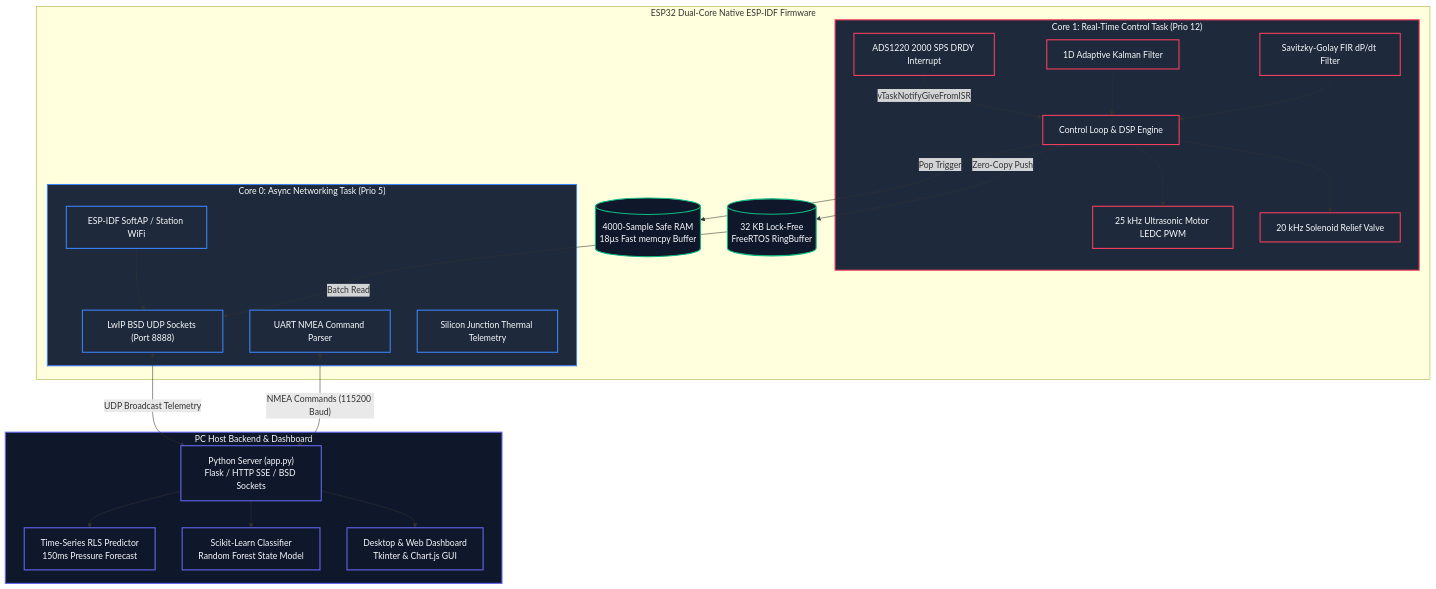
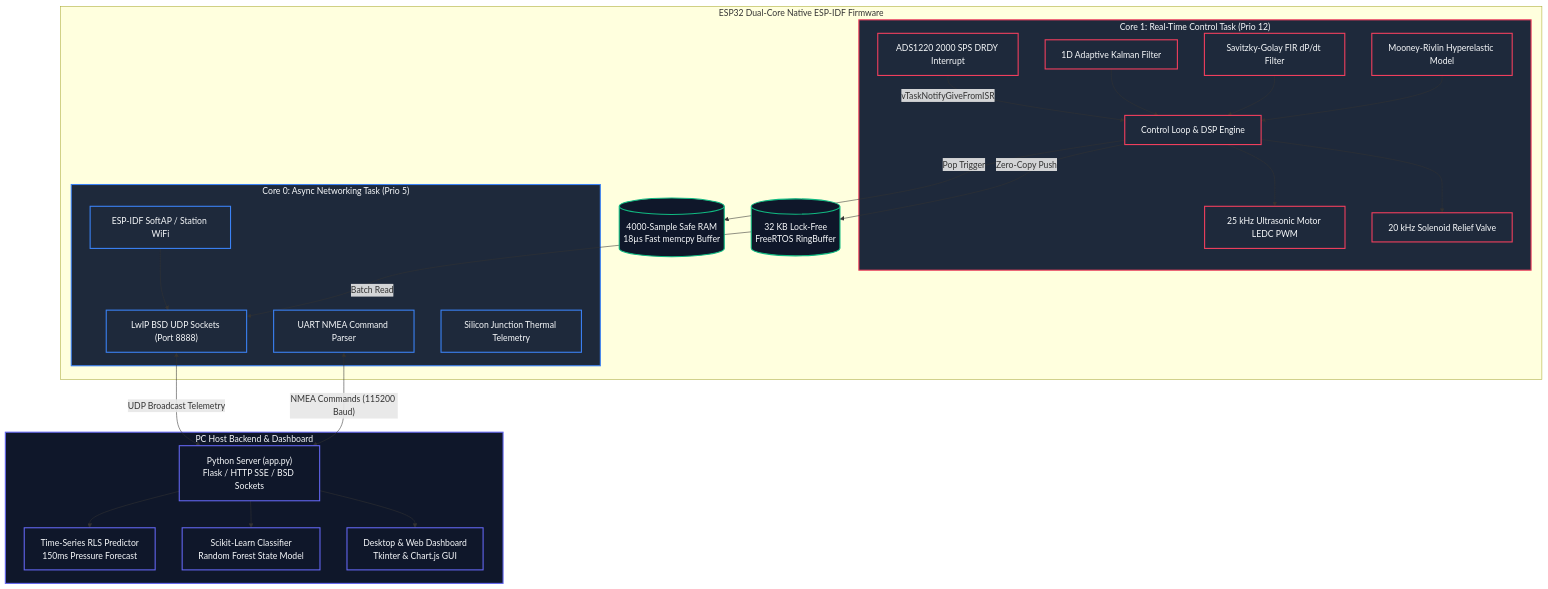
The diagram in README.md (Ming2k8-Coder/BalloonInteliPump), drawn with Mermaid before and after one commit. The commit also changed other lines of this file and 6 other files, not shown here.

Commit message:
Remove embedded web server; implement Mooney-Rivlin Hyperelastic Latex Stress Model, Burst Shock Engine, and Balloon Size Presets (bip_balloon_physics)

````diff
--- a/README.md
+++ b/README.md
@@ -15,52 +15,53 @@
 ```mermaid
 graph TD
     subgraph PC["PC Host Backend & Dashboard"]
         Server["Python Server (app.py)<br/>Flask / HTTP SSE / BSD Sockets"]
         ML["Time-Series RLS Predictor<br/>150ms Pressure Forecast"]
         Classifier["Scikit-Learn Classifier<br/>Random Forest State Model"]
         GUI["Desktop & Web Dashboard<br/>Tkinter & Chart.js GUI"]
         
         Server --> ML
         Server --> Classifier
         Server --> GUI
     end
 
     subgraph ESP32["ESP32 Dual-Core Native ESP-IDF Firmware"]
         subgraph Core1["Core 1: Real-Time Control Task (Prio 12)"]
             DRDY["ADS1220 2000 SPS DRDY Interrupt"] -->|vTaskNotifyGiveFromISR| Control["Control Loop & DSP Engine"]
             Kalman["1D Adaptive Kalman Filter"] --> Control
             SG["Savitzky-Golay FIR dP/dt Filter"] --> Control
+            Mooney["Mooney-Rivlin Hyperelastic Model"] --> Control
             Control --> PWM["25 kHz Ultrasonic Motor LEDC PWM"]
             Control --> Valve["20 kHz Solenoid Relief Valve"]
         end
 
         subgraph Core0["Core 0: Async Networking Task (Prio 5)"]
             WiFi["ESP-IDF SoftAP / Station WiFi"]
             Sockets["LwIP BSD UDP Sockets (Port 8888)"]
             UART["UART NMEA Command Parser"]
             Temp["Silicon Junction Thermal Telemetry"]
             
             WiFi --> Sockets
         end
 
         RingBuf[("32 KB Lock-Free<br/>FreeRTOS RingBuffer")]
         Control -->|Zero-Copy Push| RingBuf
         RingBuf -->|Batch Read| Sockets
 
         PopRAM[("4000-Sample Safe RAM<br/>18µs Fast memcpy Buffer")]
         Control -->|Pop Trigger| PopRAM
     end
 
     Sockets <-->|"UDP Broadcast Telemetry"| Server
     UART <-->|"NMEA Commands (115200 Baud)"| Server
 
     classDef core1 fill:#1e293b,stroke:#f43f5e,stroke-width:2px,color:#f8fafc;
     classDef core0 fill:#1e293b,stroke:#3b82f6,stroke-width:2px,color:#f8fafc;
     classDef pc fill:#0f172a,stroke:#6366f1,stroke-width:2px,color:#f8fafc;
     classDef ring fill:#0f172a,stroke:#10b981,stroke-width:2px,color:#f8fafc;
 
-    class Core1,Control,DRDY,Kalman,SG,PWM,Valve core1;
+    class Core1,Control,DRDY,Kalman,SG,Mooney,PWM,Valve core1;
     class Core0,WiFi,Sockets,UART,Temp core0;
     class PC,Server,ML,Classifier,GUI pc;
     class RingBuf,PopRAM ring;
 ```
````
